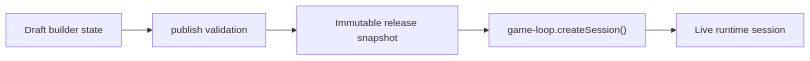
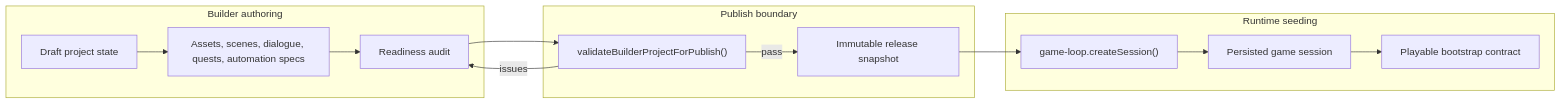
Before and after one commit to d4551/tea: the third of 5 diagrams in README.md, drawn with Mermaid. The commit also changed other lines of this file and 1 other file, not shown here.

First line of the commit message:
Enhance README with overview, badges, and diagrams

````diff
--- a/README.md
+++ b/README.md
@@ -115,13 +187,24 @@
 ```mermaid
 flowchart LR
-  Draft["Draft builder state"]
-  Validate["publish validation"]
-  Release["Immutable release snapshot"]
-  Session["game-loop.createSession()"]
-  Runtime["Live runtime session"]
+  subgraph Authoring [Builder authoring]
+    Draft["Draft project state"]
+    Assets["Assets, scenes, dialogue, quests, automation specs"]
+    Audit["Readiness audit"]
+  end
 
-  Draft --> Validate
-  Validate --> Release
-  Release --> Session
-  Session --> Runtime
+  subgraph Publish [Publish boundary]
+    Validate["validateBuilderProjectForPublish()"]
+    Snapshot["Immutable release snapshot"]
+  end
+
+  subgraph Runtime [Runtime seeding]
+    Create["game-loop.createSession()"]
+    Session["Persisted game session"]
+    Client["Playable bootstrap contract"]
+  end
+
+  Draft --> Assets --> Audit --> Validate
+  Validate -->|pass| Snapshot
+  Validate -->|issues| Audit
+  Snapshot --> Create --> Session --> Client
 ```
````
